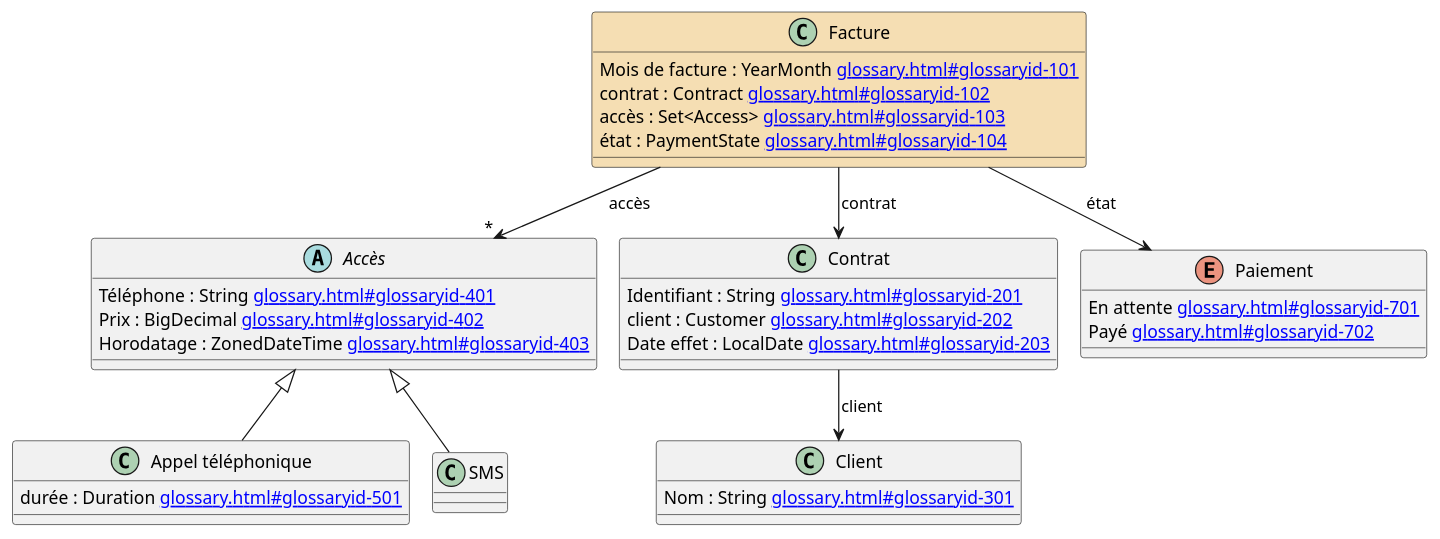
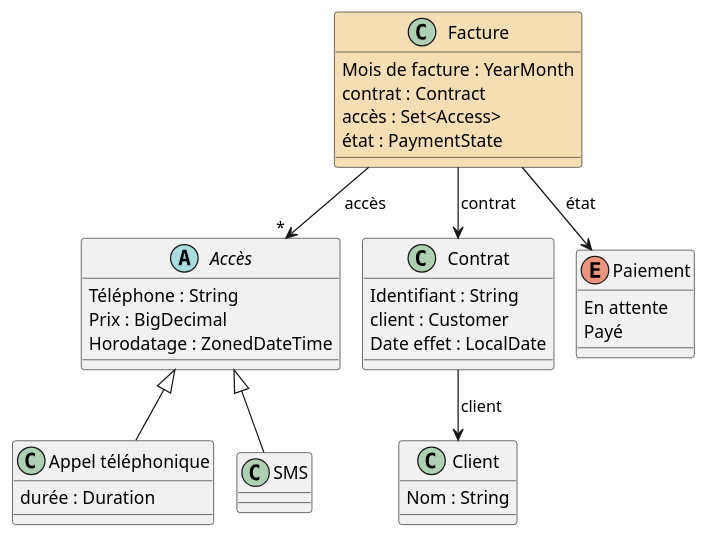
Before and after one commit to jboz/living-documentation: the diagram in livingdoc-maven-plugin/src/it/ddd-annotated/src/test/resources/expected/diagram.adoc, drawn with PlantUML. The commit also changed 8 other files, not shown here.

Commit message:
better links in diagram

```diff
--- a/livingdoc-maven-plugin/src/it/ddd-annotated/src/test/resources/expected/diagram.adoc
+++ b/livingdoc-maven-plugin/src/it/ddd-annotated/src/test/resources/expected/diagram.adoc
@@ -5,56 +5,49 @@
 [plantuml, diagram, format=svg, opts=interactive]
 ----
 @startuml
 !pragma layout smetana
 
 
-
-
-
 abstract class "Accès" [[glossary.html#glossaryid-400{Accès}]] {
-  Téléphone : String [[glossary.html#glossaryid-401{Téléphone}]]
-  Prix : BigDecimal [[glossary.html#glossaryid-402{Prix}]]
-  Horodatage : ZonedDateTime [[glossary.html#glossaryid-403{Horodatage}]]
+  Téléphone : String [[[glossary.html#glossaryid-401{Téléphone}]]]
+  Prix : BigDecimal [[[glossary.html#glossaryid-402{Prix}]]]
+  Horodatage : ZonedDateTime [[[glossary.html#glossaryid-403{Horodatage}]]]
 }
 
 class "Appel téléphonique" [[glossary.html#glossaryid-500{Appel téléphonique}]] {
-  durée : Duration [[glossary.html#glossaryid-501{durée}]]
+  durée : Duration [[[glossary.html#glossaryid-501{durée}]]]
 }
 
 class "Client" [[glossary.html#glossaryid-300{Client}]] {
-  Nom : String [[glossary.html#glossaryid-301{Nom}]]
+  Nom : String [[[glossary.html#glossaryid-301{Nom}]]]
 }
 
 class "Contrat" [[glossary.html#glossaryid-200{Contrat}]] {
-  Identifiant : String [[glossary.html#glossaryid-201{Identifiant}]]
-  client : Customer [[glossary.html#glossaryid-202{client}]]
-  Date effet : LocalDate [[glossary.html#glossaryid-203{Date effet}]]
+  Identifiant : String [[[glossary.html#glossaryid-201{Identifiant}]]]
+  client : Customer [[[glossary.html#glossaryid-202{client}]]]
+  Date effet : LocalDate [[[glossary.html#glossaryid-203{Date effet}]]]
 }
 
 class "Facture" [[glossary.html#glossaryid-100{Facture}]] #wheat {
-  Mois de facture : YearMonth [[glossary.html#glossaryid-101{Mois de facture}]]
-  contrat : Contract [[glossary.html#glossaryid-102{contrat}]]
-  accès : Set<Access> [[glossary.html#glossaryid-103{accès}]]
-  état : PaymentState [[glossary.html#glossaryid-104{état}]]
+  Mois de facture : YearMonth [[[glossary.html#glossaryid-101{Mois de facture}]]]
+  contrat : Contract [[[glossary.html#glossaryid-102{contrat}]]]
+  accès : Set<Access> [[[glossary.html#glossaryid-103{accès}]]]
+  état : PaymentState [[[glossary.html#glossaryid-104{état}]]]
 }
 
 enum "Paiement" [[glossary.html#glossaryid-700{Paiement}]] {
-  En attente [[glossary.html#glossaryid-701{En attente}]]
-  Payé [[glossary.html#glossaryid-702{Payé}]]
+  En attente [[[glossary.html#glossaryid-701{En attente}]]]
+  Payé [[[glossary.html#glossaryid-702{Payé}]]]
 }
 
 class "SMS" [[glossary.html#glossaryid-600{SMS}]]
 
 "Accès" <|-- "Appel téléphonique"
 "Accès" <|-- "SMS"
 "Contrat" --> "Client" : client
 "Facture" --> "*" "Accès" : accès
 "Facture" --> "Contrat" : contrat
 "Facture" --> "Paiement" : état
 
-
-
-
-
 @enduml
 ----
```
